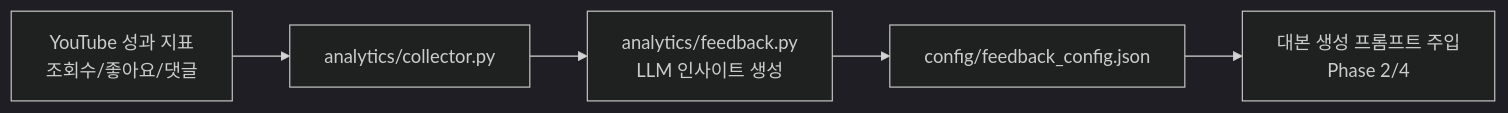
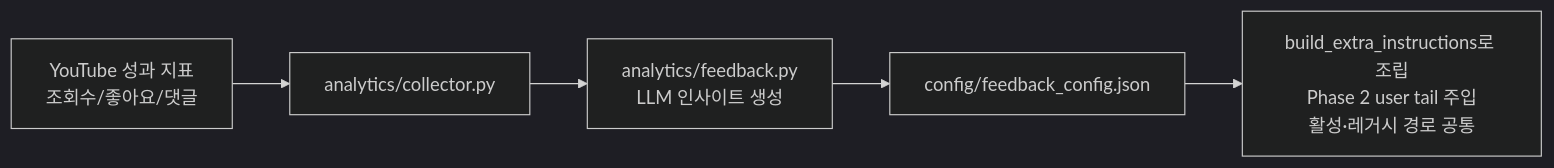
One commit to Justant-source/WaggleBot changed the fourth of 4 diagrams in docs/pipeline.md. Above: the diagram before and after it, drawn with Mermaid (dark theme). The commit also changed other lines of this file and 8 other files, not shown here.

````diff
--- a/docs/pipeline.md
+++ b/docs/pipeline.md
@@ -178,7 +180,7 @@
 ```mermaid
 flowchart LR
     YT_METRICS[YouTube 성과 지표<br/>조회수/좋아요/댓글] --> COLLECTOR[analytics/collector.py]
     COLLECTOR --> FEEDBACK[analytics/feedback.py<br/>LLM 인사이트 생성]
     FEEDBACK --> CONFIG[config/feedback_config.json]
-    CONFIG --> PROMPT[대본 생성 프롬프트 주입<br/>Phase 2/4]
+    CONFIG --> PROMPT[build_extra_instructions로 조립<br/>Phase 2 user tail 주입<br/>활성·레거시 경로 공통]
 ```
````
